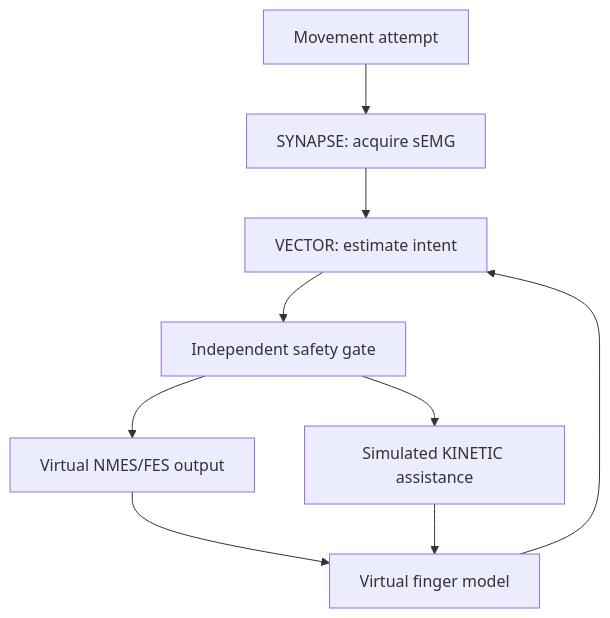
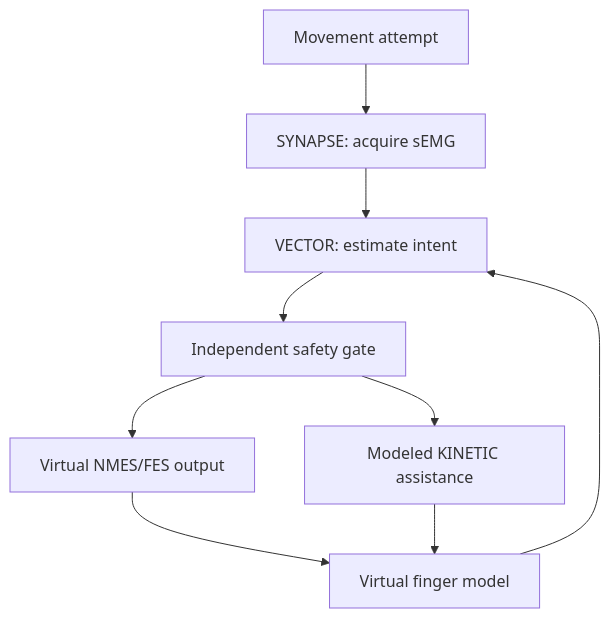
One commit to JJaskolkaTech/VECTOR-Mini changed the diagram in docs/rehabilitation-intent-lab.md. Above: the diagram before and after it, drawn with Mermaid. The commit also changed other lines of this file and 7 other files, not shown here.

````diff
--- a/docs/rehabilitation-intent-lab.md
+++ b/docs/rehabilitation-intent-lab.md
@@ -7,11 +7,11 @@
 ```mermaid
 flowchart TD
     A[Movement attempt] --> B[SYNAPSE: acquire sEMG]
     B --> C[VECTOR: estimate intent]
     C --> D[Independent safety gate]
     D --> E[Virtual NMES/FES output]
-    D --> F[Simulated KINETIC assistance]
+    D --> F[Modeled KINETIC assistance]
     E --> G[Virtual finger model]
     F --> G
     G --> C
 ```
````
